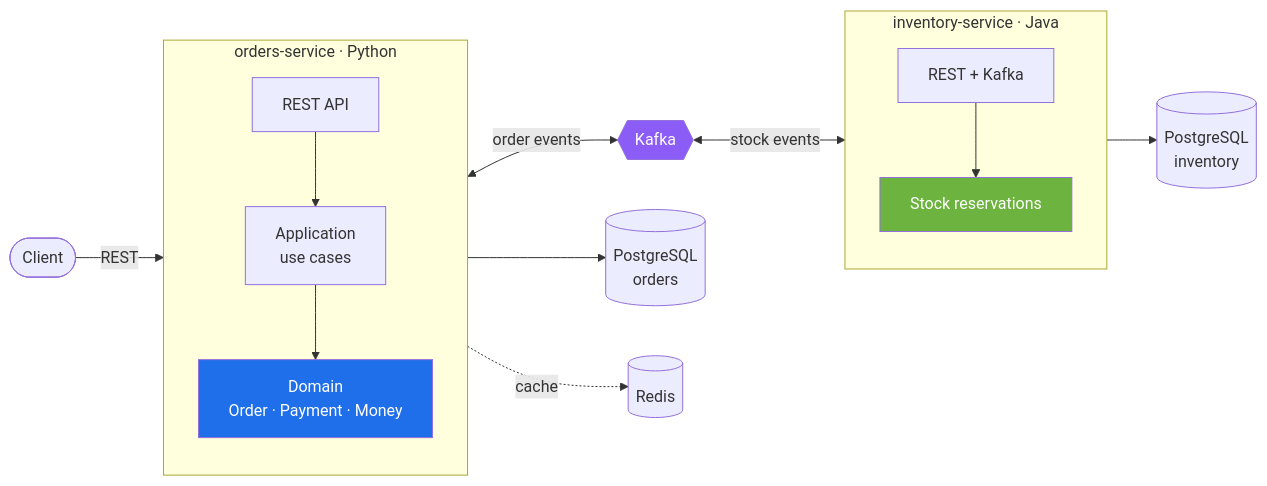
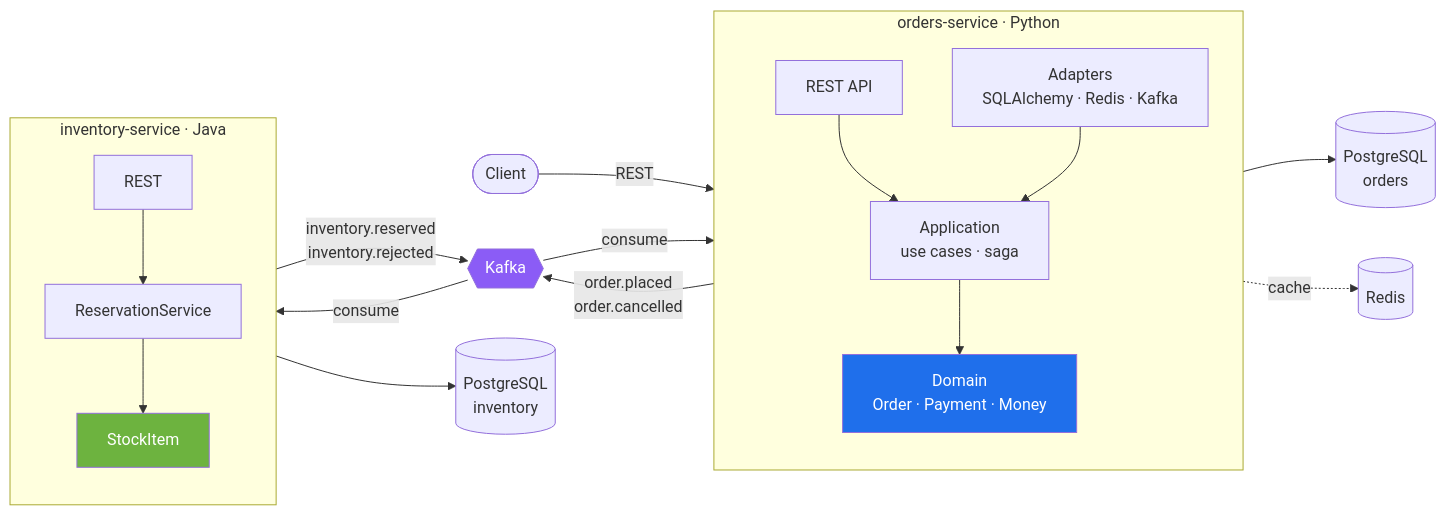
One commit to jorgecbr/commerce-platform changed the first of 2 diagrams in README.md. Above: the diagram before and after it, drawn with Mermaid. The commit also changed other lines of this file and 21 other files, not shown here.

First line of the commit message:
feat(inventory): add inventory-service and orchestrate the saga in orders

````diff
--- a/README.md
+++ b/README.md
@@ -26,35 +29,40 @@
 ```mermaid
 flowchart LR
     Client([Client])
 
     subgraph orders["orders-service · Python"]
         direction TB
         OAPI["REST API"]
-        OAPP["Application<br/>use cases"]
+        OAPP["Application<br/>use cases · saga"]
         ODOM["Domain<br/>Order · Payment · Money"]
+        OOUT["Adapters<br/>SQLAlchemy · Redis · Kafka"]
         OAPI --> OAPP --> ODOM
+        OOUT --> OAPP
     end
 
     subgraph inv["inventory-service · Java"]
         direction TB
-        IAPI["REST + Kafka"]
-        IDOM["Stock reservations"]
-        IAPI --> IDOM
+        IAPI["REST"]
+        IAPP["ReservationService"]
+        IDOM["StockItem"]
+        IAPI --> IAPP --> IDOM
     end
 
     Bus{{"Kafka"}}
     PG1[("PostgreSQL<br/>orders")]
     PG2[("PostgreSQL<br/>inventory")]
     Cache[("Redis")]
 
     Client -->|REST| OAPI
-    OAPP --> PG1
-    OAPP -.->|cache| Cache
-    OAPP <-->|order events| Bus
-    Bus <-->|stock events| IAPI
-    IAPI --> PG2
+    OOUT --> PG1
+    OOUT -.->|cache| Cache
+    OOUT -->|order.placed<br/>order.cancelled| Bus
+    Bus -->|consume| IAPI
+    IAPI -->|inventory.reserved<br/>inventory.rejected| Bus
+    Bus -->|consume| OOUT
+    IAPP --> PG2
 
     style ODOM fill:#1f6feb,color:#fff
     style IDOM fill:#6DB33F,color:#fff
     style Bus fill:#8b5cf6,color:#fff
 ```
````
